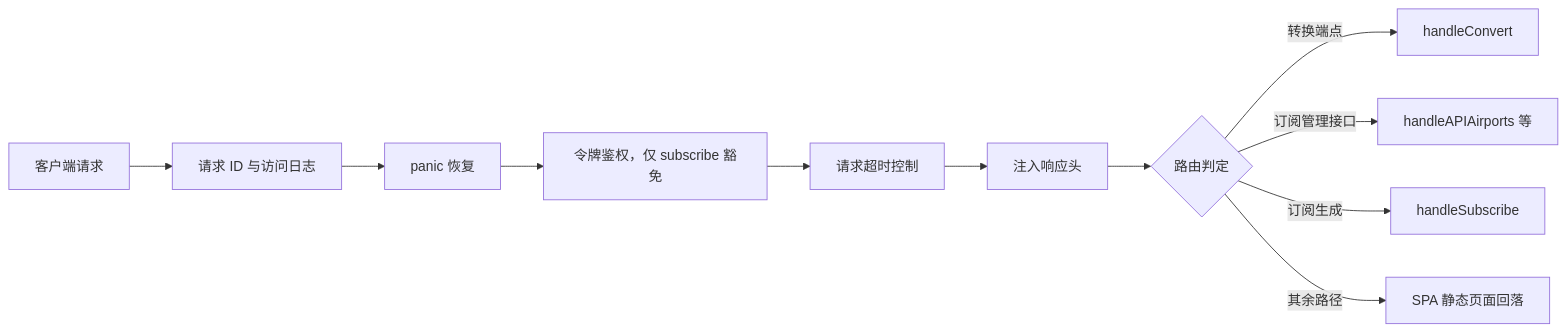
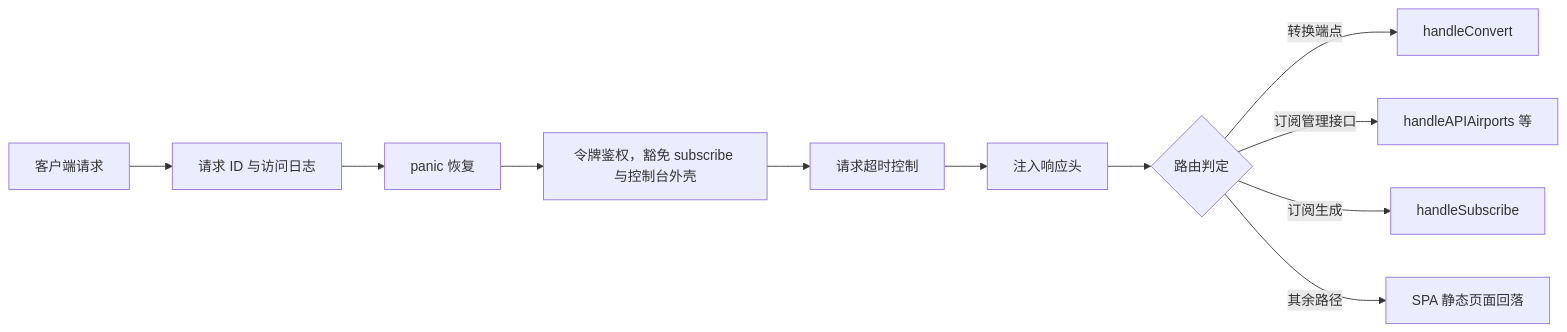
Before and after one commit to tktogether/subforge: the first of 3 diagrams in docs/wiki/HTTP-API-参考.md, drawn with Mermaid. The commit also changed other lines of this file and 15 other files, not shown here.

````diff
--- a/docs/wiki/HTTP-API-参考.md
+++ b/docs/wiki/HTTP-API-参考.md
@@ -15,13 +15,13 @@
 ```mermaid
 flowchart LR
   A[客户端请求] --> B[请求 ID 与访问日志]
   B --> C[panic 恢复]
-  C --> D[令牌鉴权，仅 subscribe 豁免]
+  C --> D[令牌鉴权，豁免 subscribe 与控制台外壳]
   D --> E[请求超时控制]
   E --> F[注入响应头]
   F --> G{路由判定}
   G -->|转换端点| H[handleConvert]
   G -->|订阅管理接口| I[handleAPIAirports 等]
   G -->|订阅生成| J[handleSubscribe]
   G -->|其余路径| K[SPA 静态页面回落]
 ```
````
